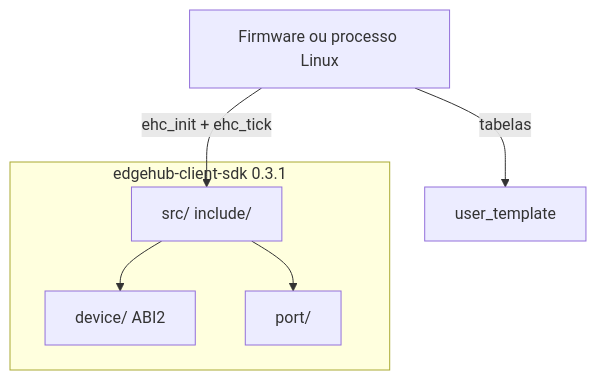
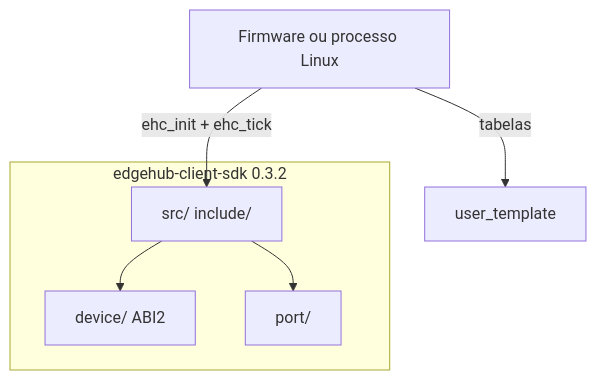
Before and after one commit to VitorVMSA/edgehub-sdk: the diagram in memory-bank/system-patterns.md, drawn with Mermaid. The commit also changed other lines of this file and 37 other files, not shown here.

````diff
--- a/memory-bank/system-patterns.md
+++ b/memory-bank/system-patterns.md
@@ -19,13 +19,13 @@
 ```mermaid
 flowchart TB
-  subgraph sdk [edgehub-client-sdk 0.3.1]
+  subgraph sdk [edgehub-client-sdk 0.3.2]
     device[device/ ABI2]
     client[src/ include/]
     port[port/]
     client --> device
     client --> port
   end
   app[Firmware ou processo Linux]
   app -->|"ehc_init + ehc_tick"| client
   app -->|"tabelas"| user[user_template]
 ```
````
